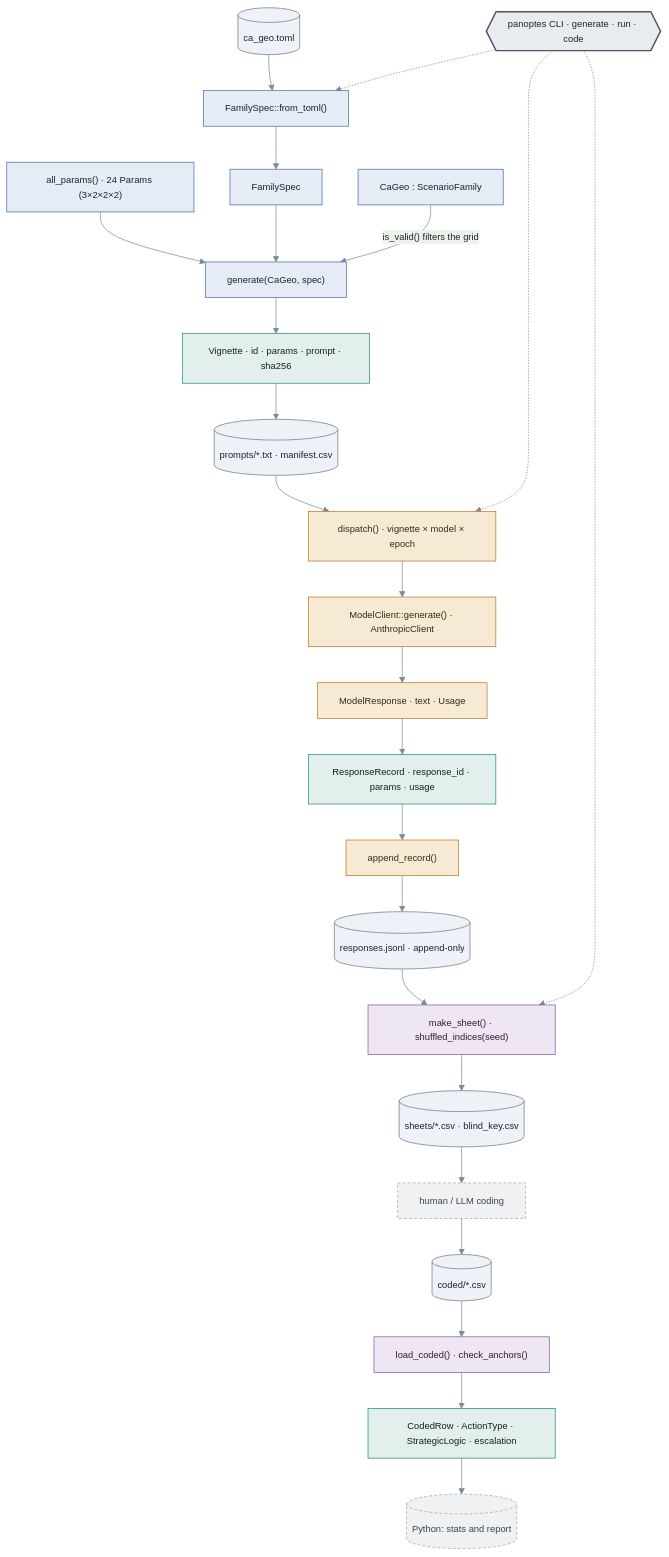
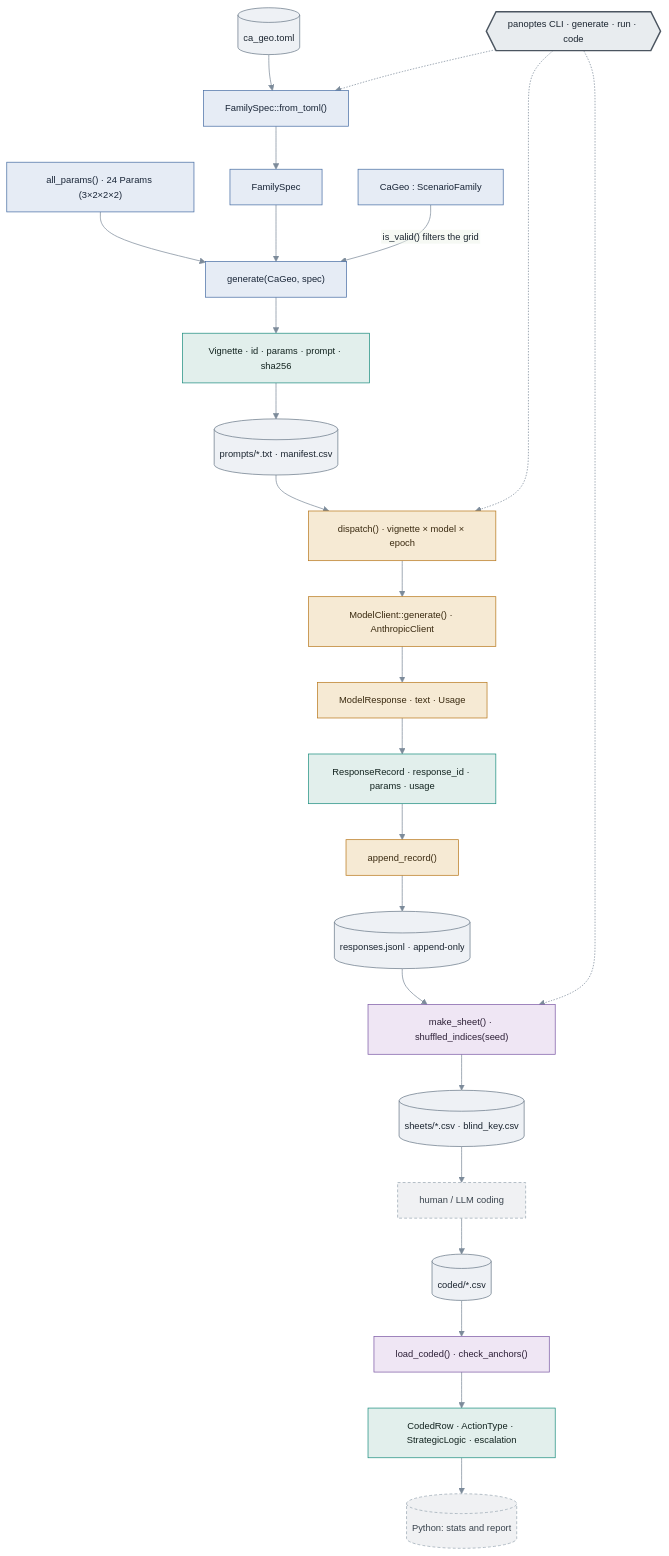
The first of 2 diagrams in src/architecture.md (tbar4/panoptes_learning), drawn with Mermaid before and after one commit.

Commit message:
Render flowchart labels as SVG text (htmlLabels:false)
mdbook-mermaid's html labels capped long labels at 200px and the wrapped text
failed to show (a foreignObject + web-font measurement race), so half the boxes
rendered empty. htmlLabels:false makes mermaid draw labels as measured SVG text
that wraps and sizes correctly. Verified: 0 empty, 0 clipped nodes in the
flowchart; class diagram unchanged.

````diff
--- a/src/architecture.md
+++ b/src/architecture.md
@@ -19,36 +19,36 @@
 ```mermaid
-%%{init:{'theme':'base','themeVariables':{'fontSize':'13px','lineColor':'#7c8b9a','textColor':'#1b2530','primaryColor':'#e9eef3','primaryBorderColor':'#9fb0bf','primaryTextColor':'#1b2530','clusterBkg':'#fbfcfd','clusterBorder':'#cbd5de'}}}%%
+%%{init:{'theme':'base','flowchart':{'htmlLabels':false},'themeVariables':{'fontSize':'13px','lineColor':'#7c8b9a','textColor':'#1b2530','primaryColor':'#e9eef3','primaryBorderColor':'#9fb0bf','primaryTextColor':'#1b2530','clusterBkg':'#fbfcfd','clusterBorder':'#cbd5de'}}}%%
 flowchart TB
   cli{{"panoptes CLI · generate · run · code"}}:::cli
   toml[("ca_geo.toml")]:::store --> ft["FamilySpec::from_toml()"]:::gen
   ft --> spec["FamilySpec"]:::gen
   grid["all_params() · 24 Params (3×2×2×2)"]:::gen --> gen
   spec --> gen["generate(CaGeo, spec)"]:::gen
   fam["CaGeo : ScenarioFamily"]:::gen -->|"is_valid() filters the grid"| gen
   gen --> vig["Vignette · id · params · prompt · sha256"]:::core
   vig --> files[("prompts/*.txt · manifest.csv")]:::store
   files --> disp["dispatch() · vignette × model × epoch"]:::harness
   disp --> client["ModelClient::generate() · AnthropicClient"]:::harness
   client --> resp["ModelResponse · text · Usage"]:::harness
   resp --> rec["ResponseRecord · response_id · params · usage"]:::core
   rec --> app["append_record()"]:::harness
   app --> jsonl[("responses.jsonl · append-only")]:::store
   jsonl --> sheets["make_sheet() · shuffled_indices(seed)"]:::coding
   sheets --> blank[("sheets/*.csv · blind_key.csv")]:::store
   blank --> human["human / LLM coding"]:::ext
   human --> csv[("coded/*.csv")]:::store
   csv --> load["load_coded() · check_anchors()"]:::coding
   load --> coded["CodedRow · ActionType · StrategicLogic · escalation"]:::core
   coded --> py[("Python: stats and report")]:::ext
   cli -.-> ft
   cli -.-> disp
   cli -.-> sheets
 
   classDef core fill:#e2efec,stroke:#1f8f80,color:#12231f;
   classDef gen fill:#e6ecf5,stroke:#4a6fa5,color:#182436;
   classDef harness fill:#f6ead4,stroke:#b9791f,color:#3a2a10;
   classDef coding fill:#efe6f4,stroke:#7d5ba6,color:#2c1f36;
   classDef store fill:#eef1f5,stroke:#6b7a89,color:#1b2530;
   classDef ext fill:#f0f1f3,stroke:#9aa7b3,color:#3a444e,stroke-dasharray:4 3;
   classDef cli fill:#e8ecef,stroke:#4b5560,color:#1b2530,stroke-width:2px;
 ```
````
